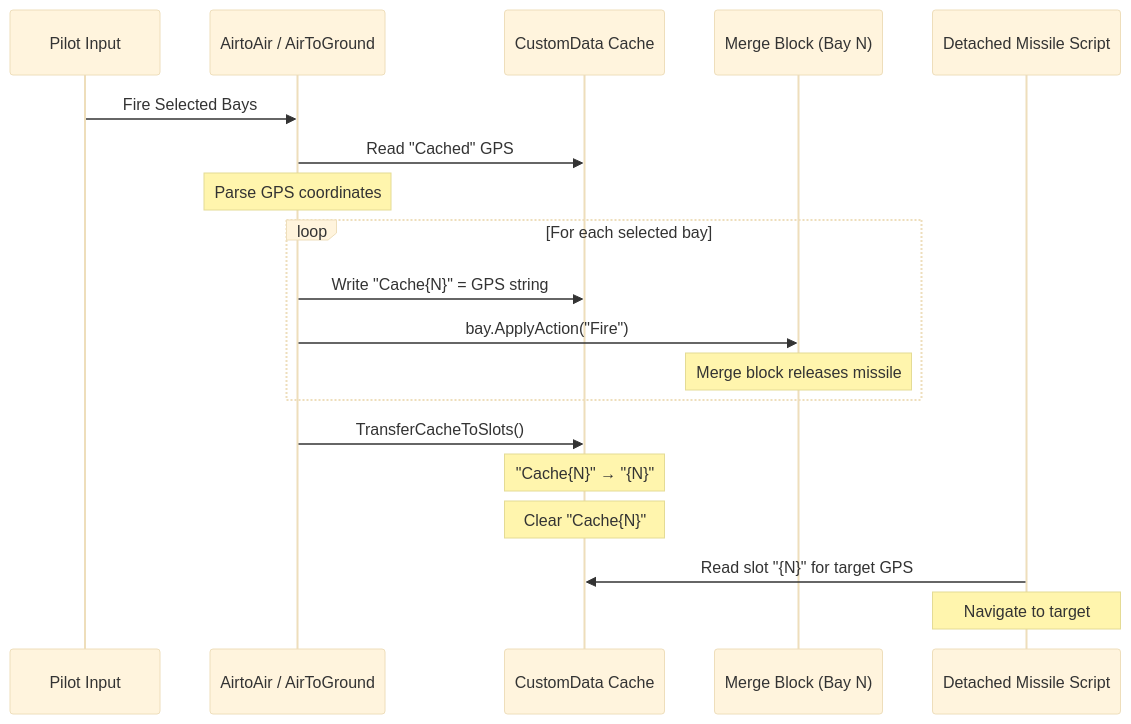
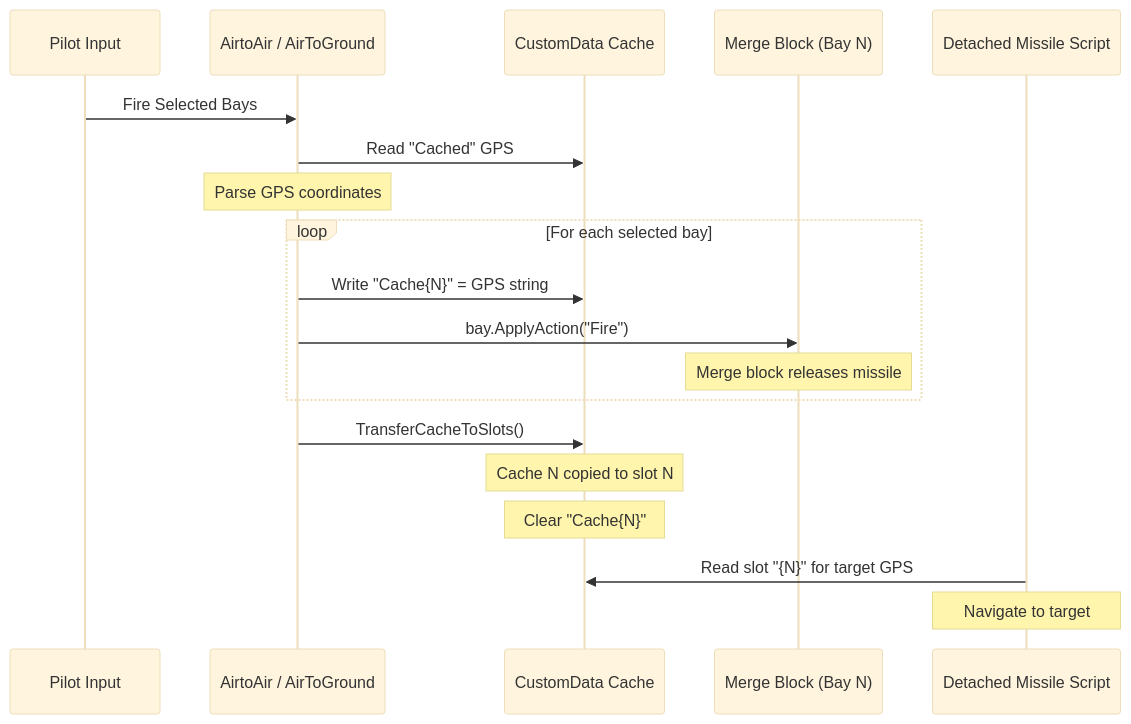
Before and after one commit to Terilia/JetOS: the sixth of 8 diagrams in docs/weapons.md, drawn with Mermaid (base theme). The commit also changed 4 other files, not shown here.

````diff
--- a/docs/weapons.md
+++ b/docs/weapons.md
@@ -171,25 +171,25 @@
 ```mermaid
 sequenceDiagram
     participant Pilot as Pilot Input
     participant Module as AirtoAir / AirToGround
     participant CD as CustomData Cache
     participant Bay as Merge Block (Bay N)
     participant Missile as Detached Missile Script
 
     Pilot->>Module: Fire Selected Bays
     Module->>CD: Read "Cached" GPS
     Note over Module: Parse GPS coordinates
 
     loop For each selected bay
         Module->>CD: Write "Cache{N}" = GPS string
         Module->>Bay: bay.ApplyAction("Fire")
         Note over Bay: Merge block releases missile
     end
 
     Module->>CD: TransferCacheToSlots()
-    Note over CD: "Cache{N}" → "{N}"
+    Note over CD: Cache N copied to slot N
     Note over CD: Clear "Cache{N}"
 
     Missile->>CD: Read slot "{N}" for target GPS
     Note over Missile: Navigate to target
 ```
````
